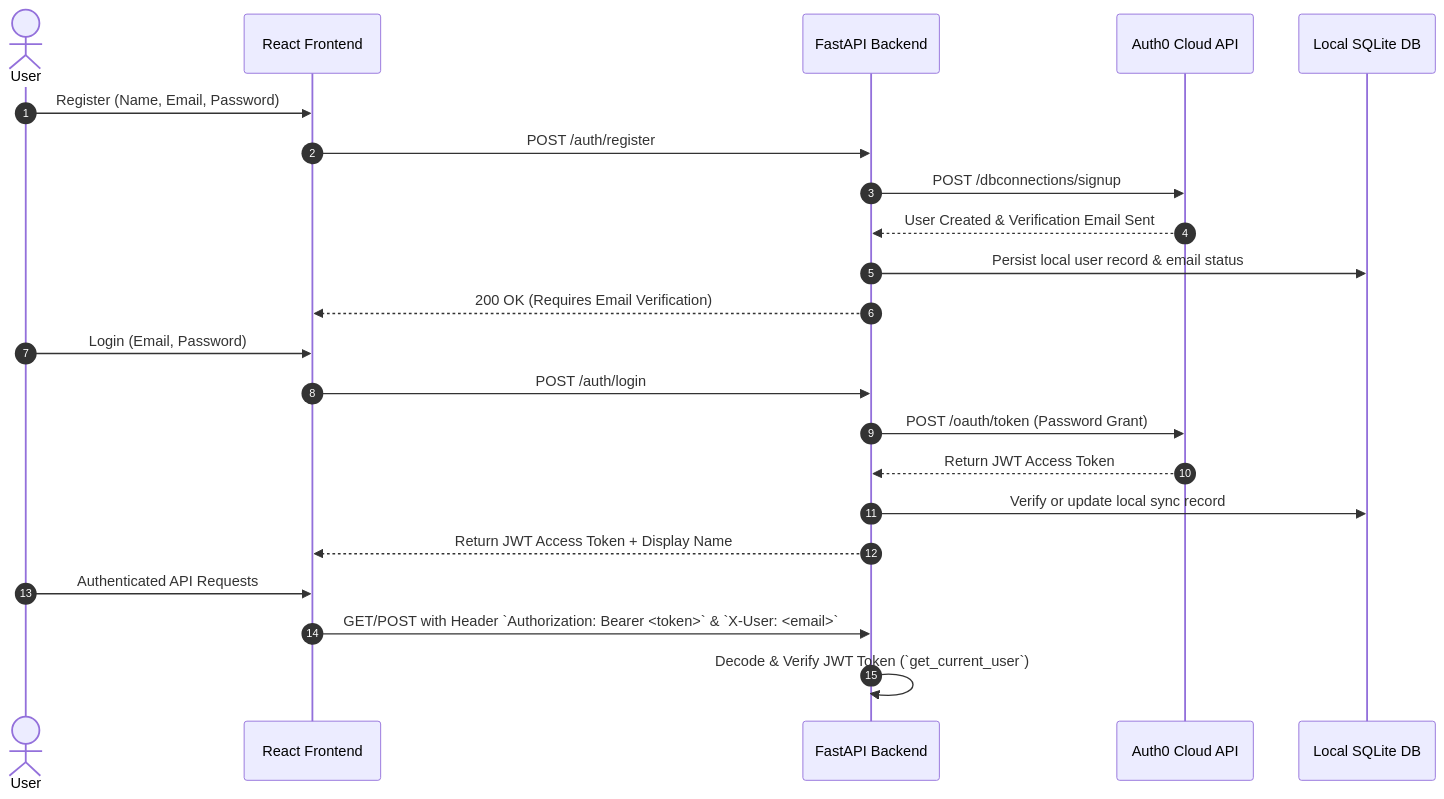
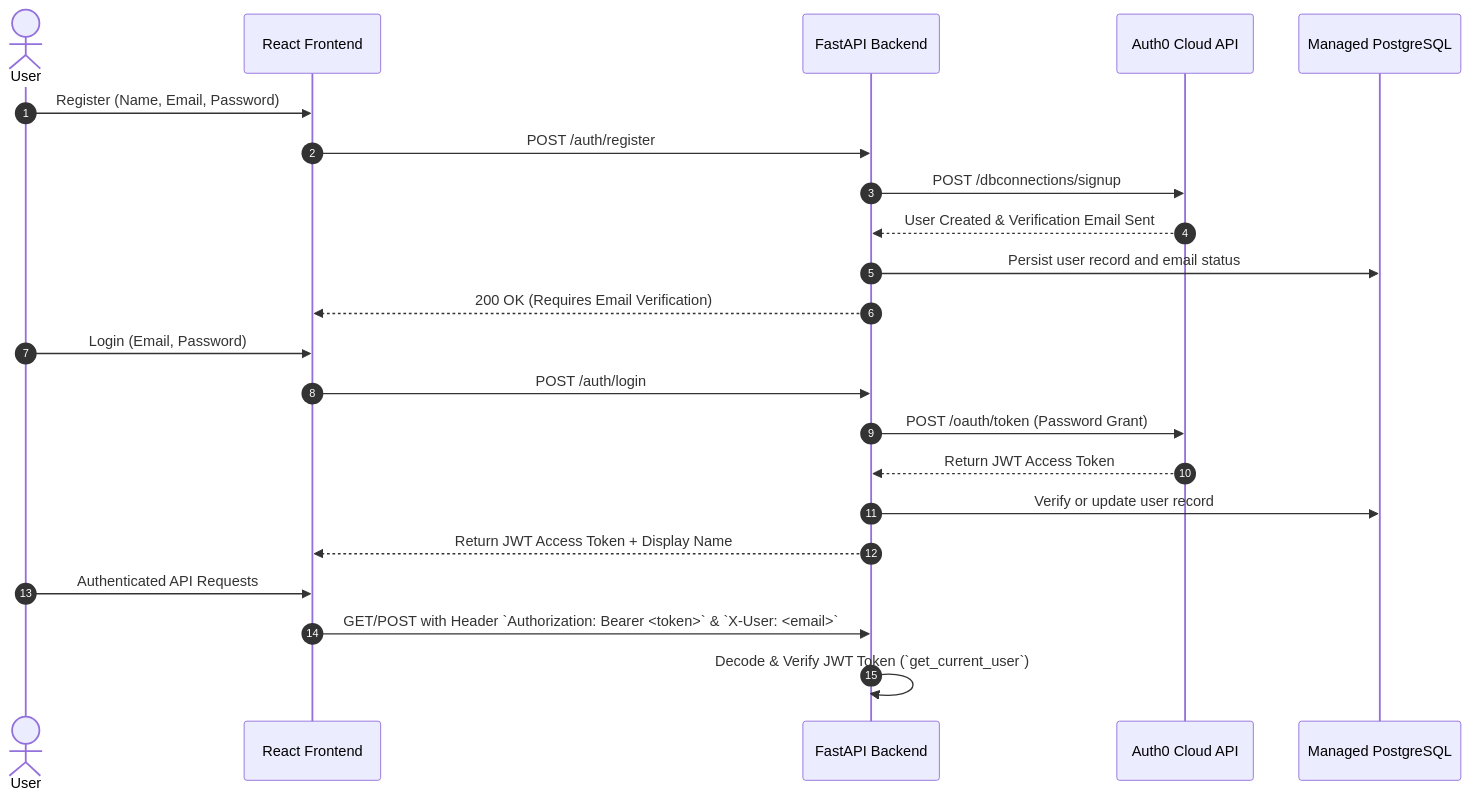
Before and after one commit to NupurSawant/FinIntel: the first of 3 diagrams in Details.md, drawn with Mermaid. The commit also changed other lines of this file and 24 other files, not shown here.

````diff
--- a/Details.md
+++ b/Details.md
@@ -46,27 +46,27 @@
 ```mermaid
 sequenceDiagram
     autonumber
     actor User
     participant React as React Frontend
     participant API as FastAPI Backend
     participant Auth0 as Auth0 Cloud API
-    participant SQLite as Local SQLite DB
+    participant PostgreSQL as Managed PostgreSQL
 
     User->>React: Register (Name, Email, Password)
     React->>API: POST /auth/register
     API->>Auth0: POST /dbconnections/signup
     Auth0-->>API: User Created & Verification Email Sent
-    API->>SQLite: Persist local user record & email status
+    API->>PostgreSQL: Persist user record and email status
     API-->>React: 200 OK (Requires Email Verification)
 
     User->>React: Login (Email, Password)
     React->>API: POST /auth/login
     API->>Auth0: POST /oauth/token (Password Grant)
     Auth0-->>API: Return JWT Access Token
-    API->>SQLite: Verify or update local sync record
+    API->>PostgreSQL: Verify or update user record
     API-->>React: Return JWT Access Token + Display Name
 
     User->>React: Authenticated API Requests
     React->>API: GET/POST with Header `Authorization: Bearer <token>` & `X-User: <email>`
     API->>API: Decode & Verify JWT Token (`get_current_user`)
 ```
````
